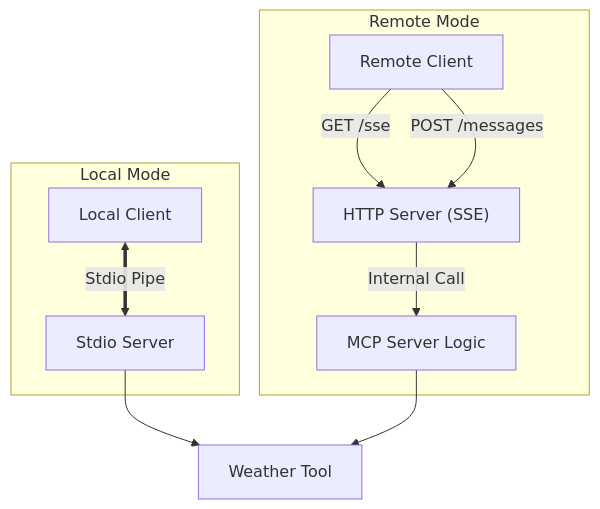
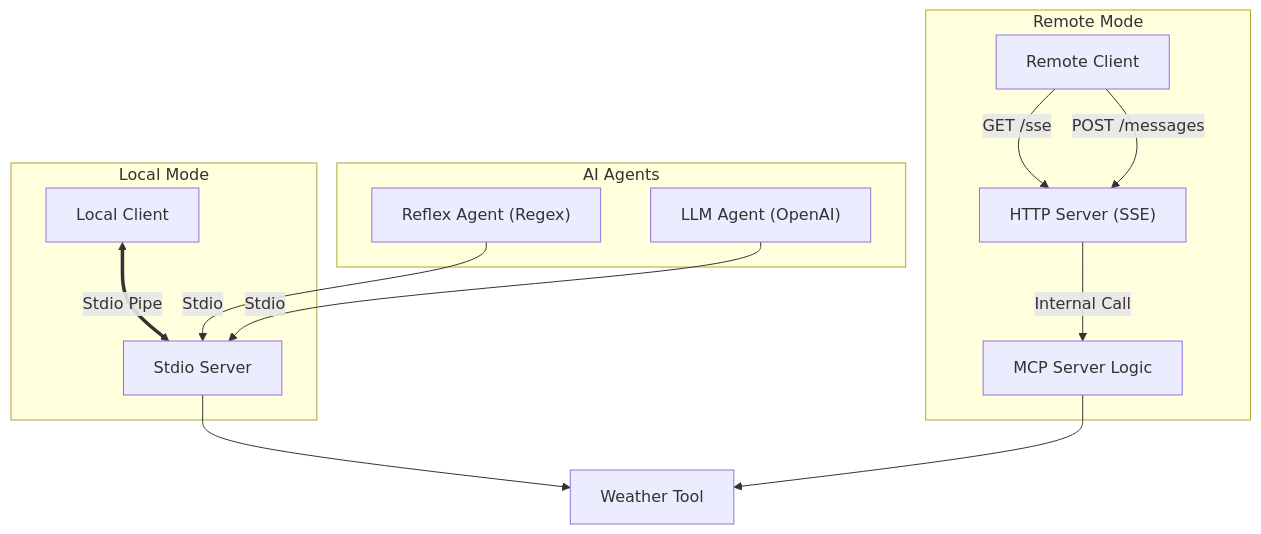
The third of 3 diagrams in ARCHITECTURE.md (Matota/mcp-learning), drawn with Mermaid before and after one commit. The commit also changed 4 other files, not shown here.

Commit message:
Add LLM Agent and update Architecture

````diff
--- a/ARCHITECTURE.md
+++ b/ARCHITECTURE.md
@@ -42,18 +42,26 @@
 ```mermaid
 graph TD
     subgraph Local Mode
         LocalClient["Local Client"] <==>|Stdio Pipe| StdioServer["Stdio Server"]
     end
 
     subgraph Remote Mode
         RemoteClient["Remote Client"]
         HTTPServer["HTTP Server (SSE)"]
         
         RemoteClient -- GET /sse --> HTTPServer
         RemoteClient -- POST /messages --> HTTPServer
         HTTPServer -- Internal Call --> MCPServer["MCP Server Logic"]
     end
+
+    subgraph AI Agents
+        ReflexAgent["Reflex Agent (Regex)"]
+        LLMAgent["LLM Agent (OpenAI)"]
+
+        ReflexAgent -- Stdio --> StdioServer
+        LLMAgent -- Stdio --> StdioServer
+    end
     
     StdioServer --> WeatherTool["Weather Tool"]
     MCPServer --> WeatherTool
 ```
````
